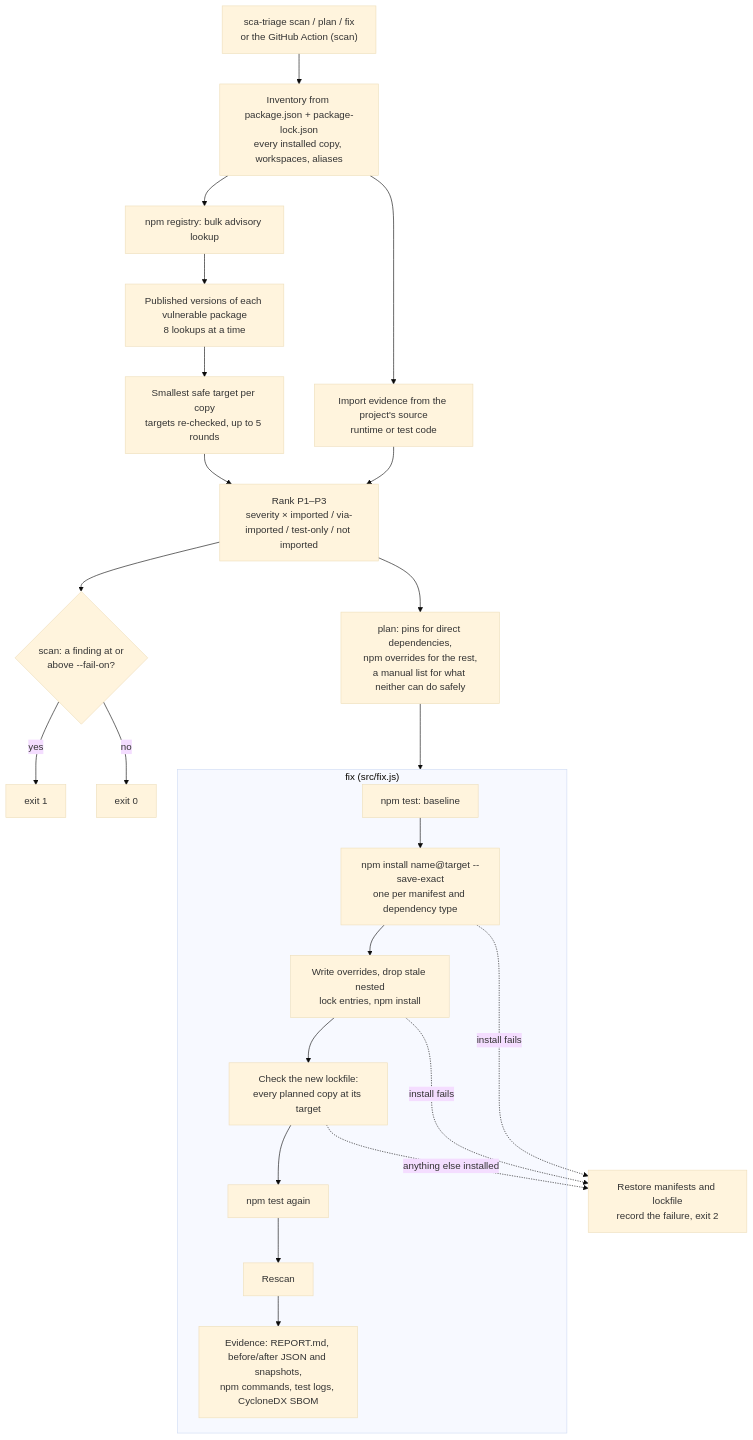
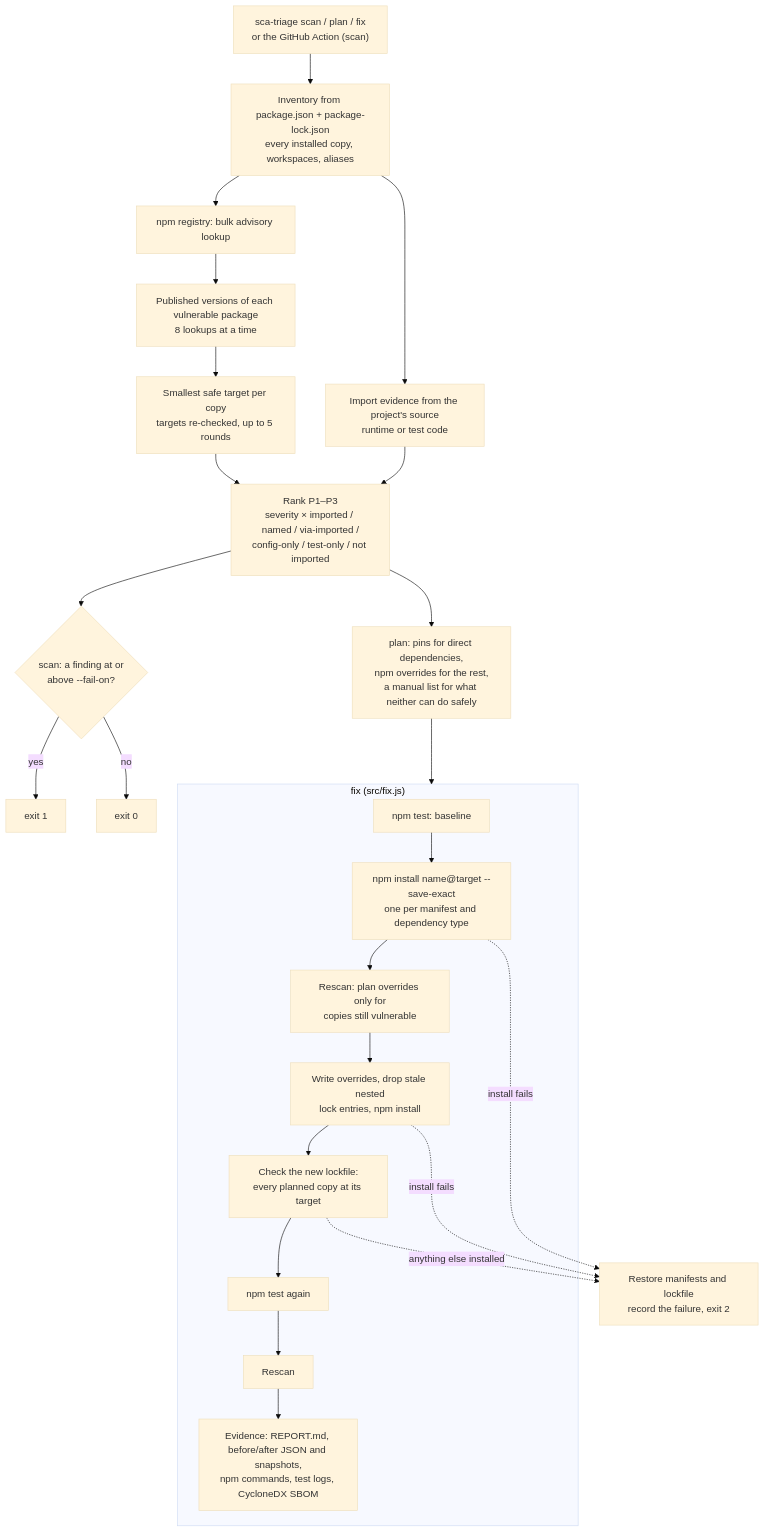
The diagram in ARCHITECTURE.md (lansiquo/sca-triage), drawn with Mermaid (base theme) before and after one commit. The commit also changed other lines of this file and 13 other files, not shown here.

First line of the commit message:
Rank packages loaded by name, hold major upgrades, and override only what the direct upgrades leave vulnerable

````diff
--- a/ARCHITECTURE.md
+++ b/ARCHITECTURE.md
@@ -5,26 +5,27 @@
 ```mermaid
 flowchart TD
     CLI["sca-triage scan / plan / fix<br/>or the GitHub Action (scan)"] --> LOCK["Inventory from package.json + package-lock.json<br/>every installed copy, workspaces, aliases"]
     LOCK --> ADV["npm registry: bulk advisory lookup"]
     LOCK --> SRC["Import evidence from the project's source<br/>runtime or test code"]
     ADV --> VER["Published versions of each vulnerable package<br/>8 lookups at a time"]
     VER --> PICK["Smallest safe target per copy<br/>targets re-checked, up to 5 rounds"]
-    SRC --> RANK["Rank P1–P3<br/>severity × imported / via-imported / test-only / not imported"]
+    SRC --> RANK["Rank P1–P3<br/>severity × imported / named / via-imported /<br/>config-only / test-only / not imported"]
     PICK --> RANK
     RANK --> GATE{"scan: a finding at or<br/>above --fail-on?"}
     GATE -- yes --> E1["exit 1"]
     GATE -- no --> E0["exit 0"]
     RANK --> PLAN["plan: pins for direct dependencies,<br/>npm overrides for the rest,<br/>a manual list for what neither can do safely"]
     PLAN --> FIX
     subgraph FIX["fix (src/fix.js)"]
         T0["npm test: baseline"] --> PIN["npm install name@target --save-exact<br/>one per manifest and dependency type"]
-        PIN --> OV["Write overrides, drop stale nested<br/>lock entries, npm install"]
+        PIN --> MID["Rescan: plan overrides only for<br/>copies still vulnerable"]
+        MID --> OV["Write overrides, drop stale nested<br/>lock entries, npm install"]
         OV --> CHK["Check the new lockfile:<br/>every planned copy at its target"]
         CHK --> T1["npm test again"]
         T1 --> RE["Rescan"]
         RE --> EV["Evidence: REPORT.md, before/after JSON and snapshots,<br/>npm commands, test logs, CycloneDX SBOM"]
     end
     PIN -. "install fails" .-> RB["Restore manifests and lockfile<br/>record the failure, exit 2"]
     OV -. "install fails" .-> RB
     CHK -. "anything else installed" .-> RB
 ```
````
